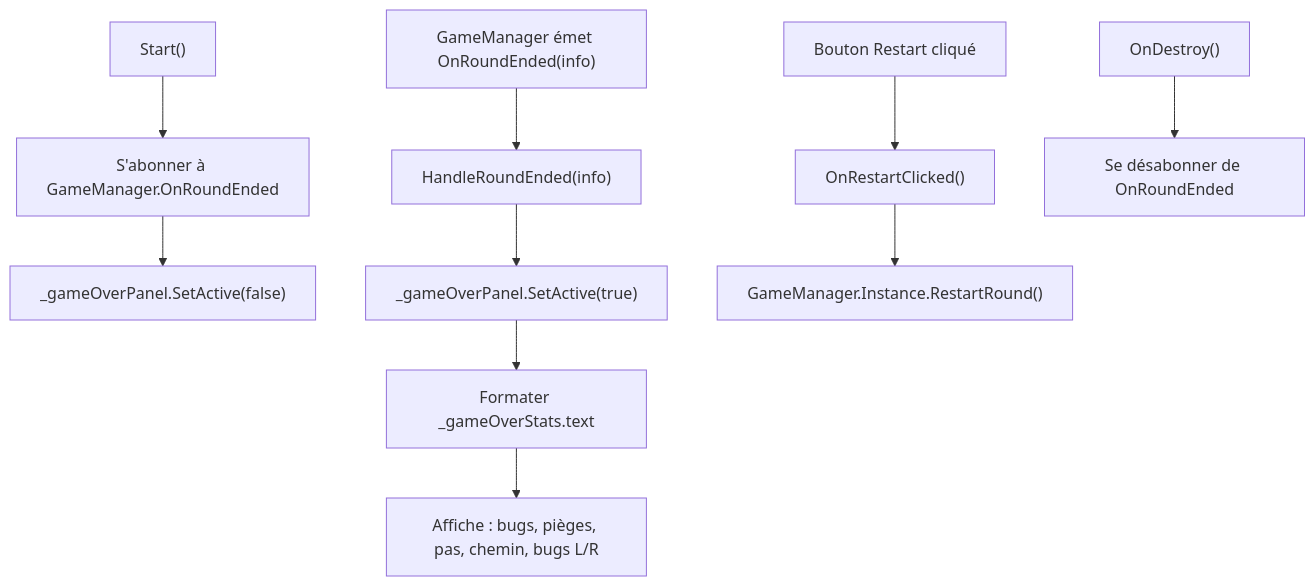
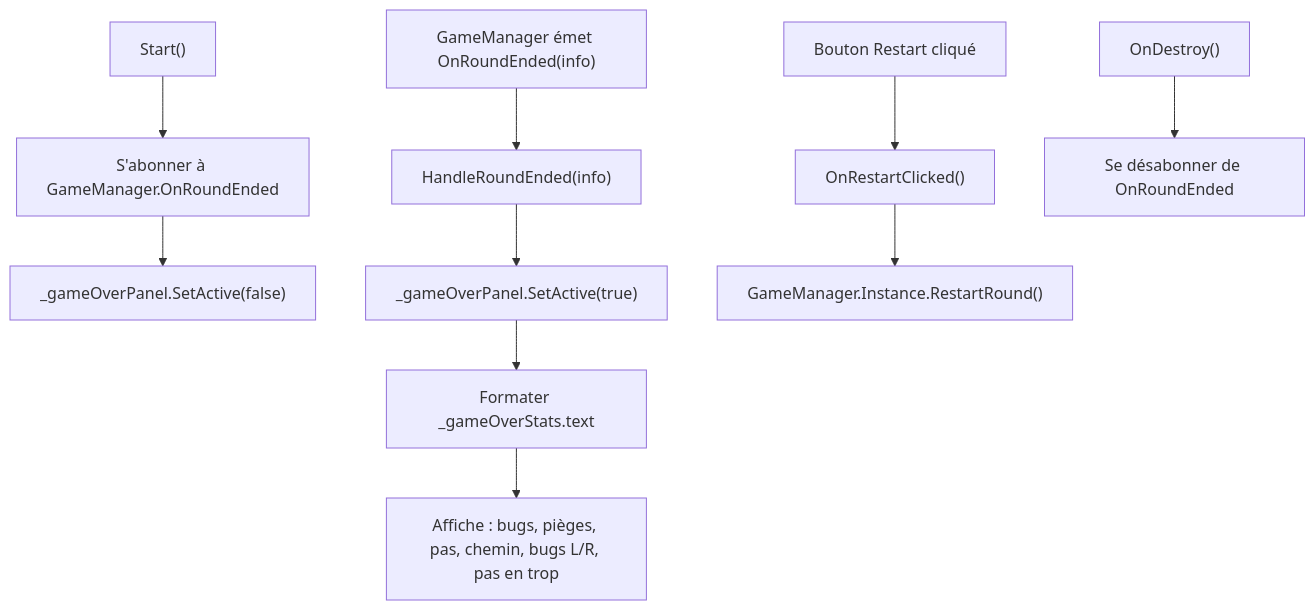
Diagram 13 of 13 in Docs/TDD.md (PierreChagnon/BUGS), drawn with Mermaid before and after one commit. The commit also changed other lines of this file and 7 other files, not shown here.

````diff
--- a/Docs/TDD.md
+++ b/Docs/TDD.md
@@ -1655,15 +1690,15 @@
 ```mermaid
 graph TD
     A["Start()"] --> B["S'abonner à GameManager.OnRoundEnded"]
     B --> C["_gameOverPanel.SetActive(false)"]
 
     D["GameManager émet OnRoundEnded(info)"] --> E["HandleRoundEnded(info)"]
     E --> F["_gameOverPanel.SetActive(true)"]
     F --> G["Formater _gameOverStats.text"]
-    G --> H["Affiche : bugs, pièges, pas, chemin, bugs L/R"]
+    G --> H["Affiche : bugs, pièges, pas, chemin, bugs L/R, pas en trop"]
 
     I["Bouton Restart cliqué"] --> J["OnRestartClicked()"]
     J --> K["GameManager.Instance.RestartRound()"]
 
     L["OnDestroy()"] --> M["Se désabonner de OnRoundEnded"]
 ```
````
